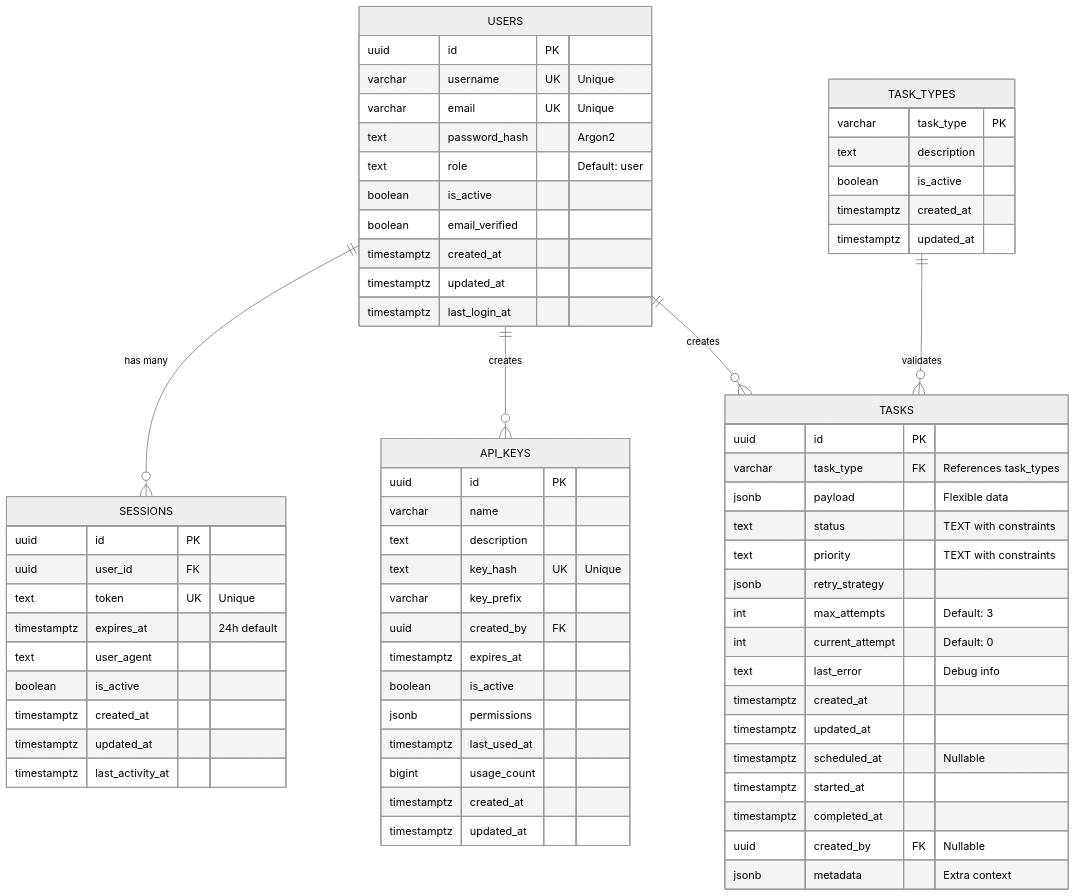
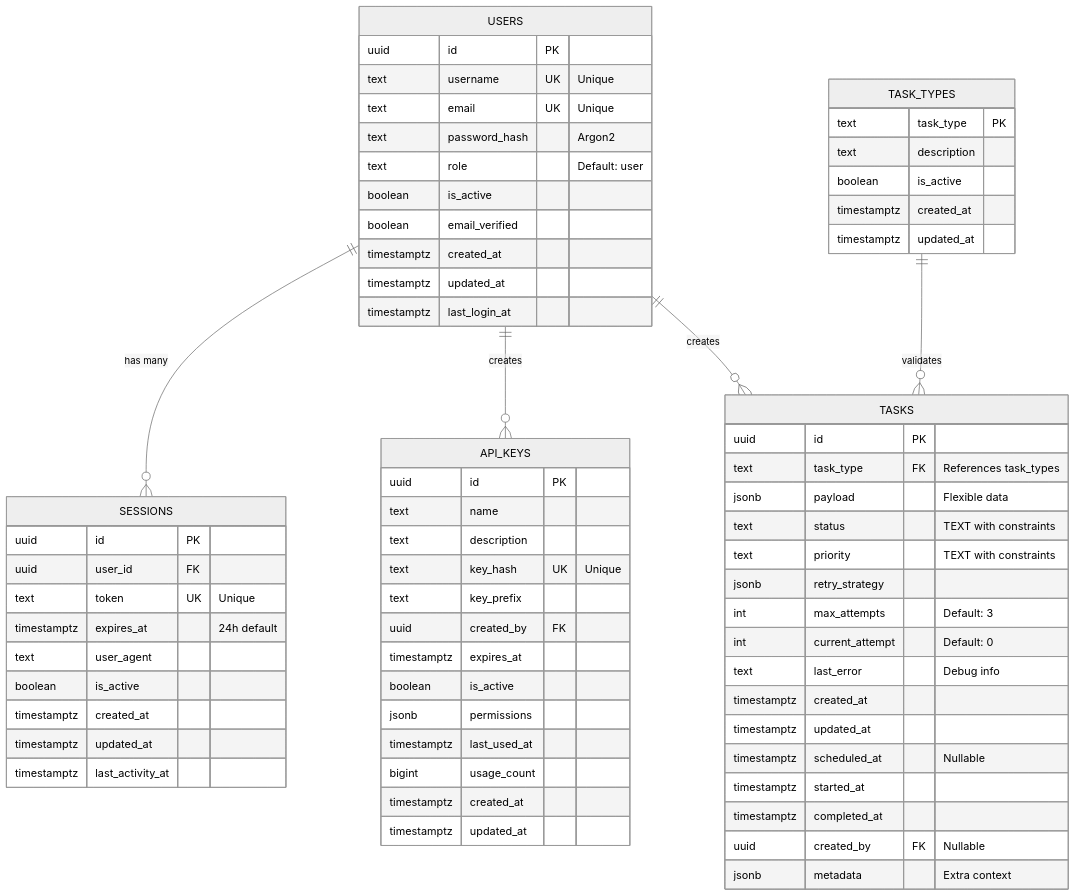
The third of 4 diagrams in docs/guides/01-architecture.md (quanhua92/rust-fullstack-starter), drawn with Mermaid (neutral theme) before and after one commit. The commit also changed 3 other files, not shown here.

````diff
--- a/docs/guides/01-architecture.md
+++ b/docs/guides/01-architecture.md
@@ -349,75 +349,75 @@
 ```mermaid
 erDiagram
     USERS {
         uuid id PK
-        varchar username UK "Unique"
-        varchar email UK "Unique"
+        text username UK "Unique"
+        text email UK "Unique"
         text password_hash "Argon2"
         text role "Default: user"
         boolean is_active
         boolean email_verified
         timestamptz created_at
         timestamptz updated_at
         timestamptz last_login_at
     }
     
     SESSIONS {
         uuid id PK
         uuid user_id FK
         text token UK "Unique"
         timestamptz expires_at "24h default"
         text user_agent
         boolean is_active
         timestamptz created_at
         timestamptz updated_at
         timestamptz last_activity_at
     }
     
     API_KEYS {
         uuid id PK
-        varchar name
+        text name
         text description
         text key_hash UK "Unique"
-        varchar key_prefix
+        text key_prefix
         uuid created_by FK
         timestamptz expires_at
         boolean is_active
         jsonb permissions
         timestamptz last_used_at
         bigint usage_count
         timestamptz created_at
         timestamptz updated_at
     }
     
     TASKS {
         uuid id PK
-        varchar task_type FK "References task_types"
+        text task_type FK "References task_types"
         jsonb payload "Flexible data"
         text status "TEXT with constraints"
         text priority "TEXT with constraints"
         jsonb retry_strategy
         int max_attempts "Default: 3"
         int current_attempt "Default: 0"
         text last_error "Debug info"
         timestamptz created_at
         timestamptz updated_at
         timestamptz scheduled_at "Nullable"
         timestamptz started_at
         timestamptz completed_at
         uuid created_by FK "Nullable"
         jsonb metadata "Extra context"
     }
     
     TASK_TYPES {
-        varchar task_type PK
+        text task_type PK
         text description
         boolean is_active
         timestamptz created_at
         timestamptz updated_at
     }
     
     USERS ||--o{ SESSIONS : "has many"
     USERS ||--o{ API_KEYS : "creates"
     USERS ||--o{ TASKS : "creates"
     TASK_TYPES ||--o{ TASKS : "validates"
 ```
````
